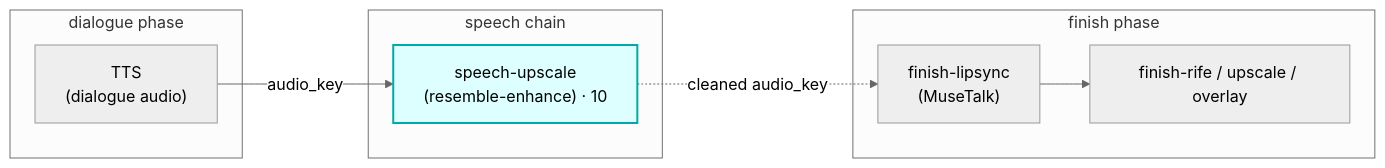
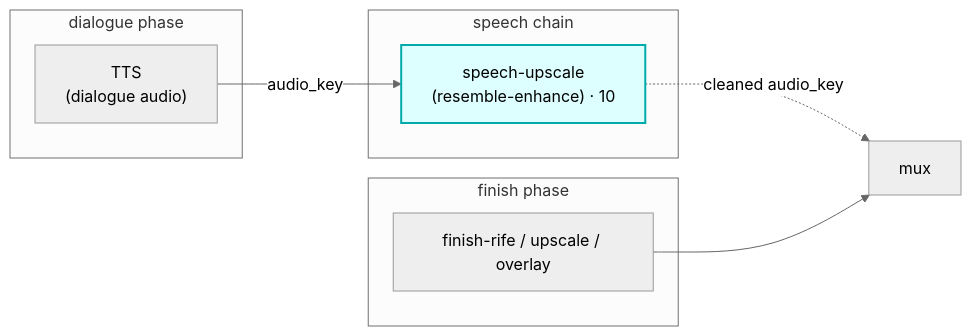
One commit to skyphusion-labs/vivijure-cf changed the diagram in modules/speech-upscale/README.md. Above: the diagram before and after it, drawn with Mermaid (neutral theme). The commit also changed other lines of this file and 96 other files, not shown here.

````diff
--- a/modules/speech-upscale/README.md
+++ b/modules/speech-upscale/README.md
@@ -13,19 +13,18 @@
 ```mermaid
 flowchart LR
   subgraph dialogue["dialogue phase"]
     tts["TTS<br/>(dialogue audio)"]
   end
   subgraph speech["speech chain"]
     su["speech-upscale<br/>(resemble-enhance) · 10"]
   end
   subgraph finish["finish phase"]
-    ls["finish-lipsync<br/>(MuseTalk)"]
     rife["finish-rife / upscale / overlay"]
   end
 
   tts -- "audio_key" --> su
-  su -. "cleaned audio_key" .-> ls
-  ls --> rife
+  su -. "cleaned audio_key" .-> mux["mux"]
+  rife --> mux
 
   style su fill:#dff,stroke:#0aa,stroke-width:2px
 ```
````
